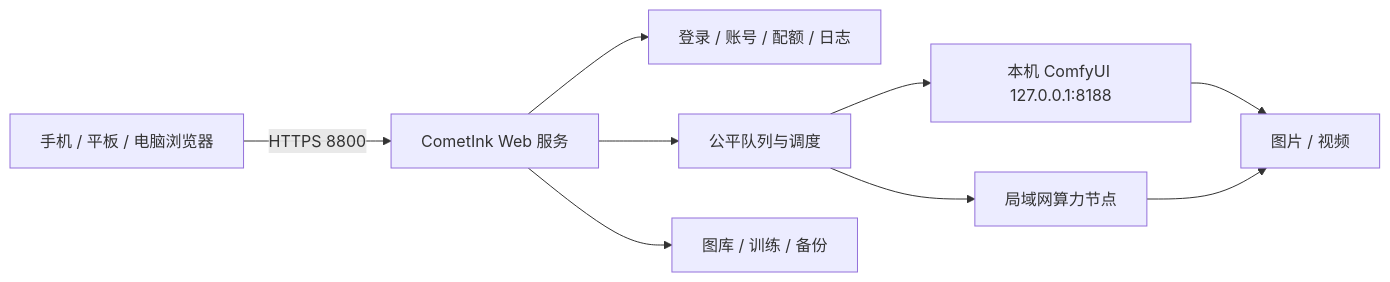
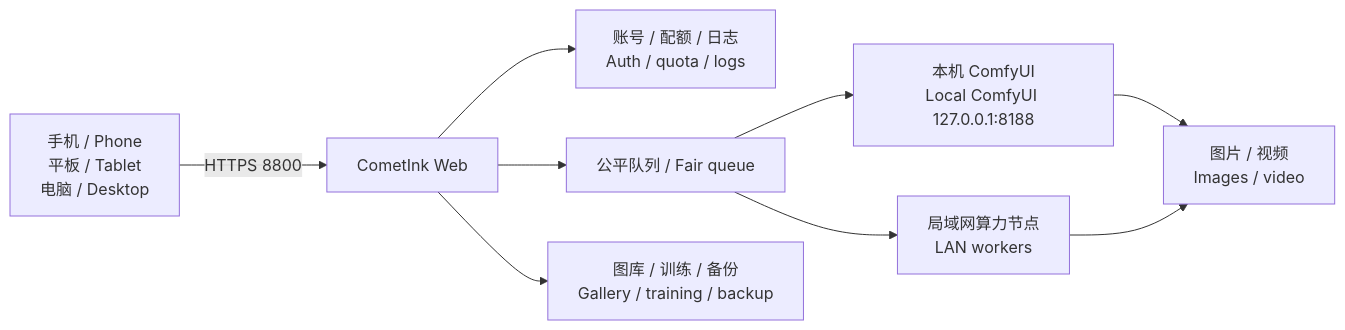
The diagram in GITHUB_INTRO.md (OXNEXUS-WANG/ComfyUI-Mobile-Studio), drawn with Mermaid before and after one commit. The commit also changed other lines of this file and 40 other files, not shown here.

````diff
--- a/GITHUB_INTRO.md
+++ b/GITHUB_INTRO.md
@@ -145,11 +239,11 @@
 ```mermaid
 flowchart LR
-    Phone["手机 / 平板 / 电脑浏览器"] -->|HTTPS 8800| Web["CometInk Web 服务"]
-    Web --> Auth["登录 / 账号 / 配额 / 日志"]
-    Web --> Queue["公平队列与调度"]
-    Queue --> Local["本机 ComfyUI 127.0.0.1:8188"]
-    Queue --> Worker["局域网算力节点"]
-    Web --> Gallery["图库 / 训练 / 备份"]
-    Local --> Output["图片 / 视频"]
+    Browser["手机 / Phone<br/>平板 / Tablet<br/>电脑 / Desktop"] -->|HTTPS 8800| Web["CometInk Web"]
+    Web --> Auth["账号 / 配额 / 日志<br/>Auth / quota / logs"]
+    Web --> Queue["公平队列 / Fair queue"]
+    Queue --> Local["本机 ComfyUI<br/>Local ComfyUI 127.0.0.1:8188"]
+    Queue --> Worker["局域网算力节点<br/>LAN workers"]
+    Web --> Gallery["图库 / 训练 / 备份<br/>Gallery / training / backup"]
+    Local --> Output["图片 / 视频<br/>Images / video"]
     Worker --> Output
 ```
````
